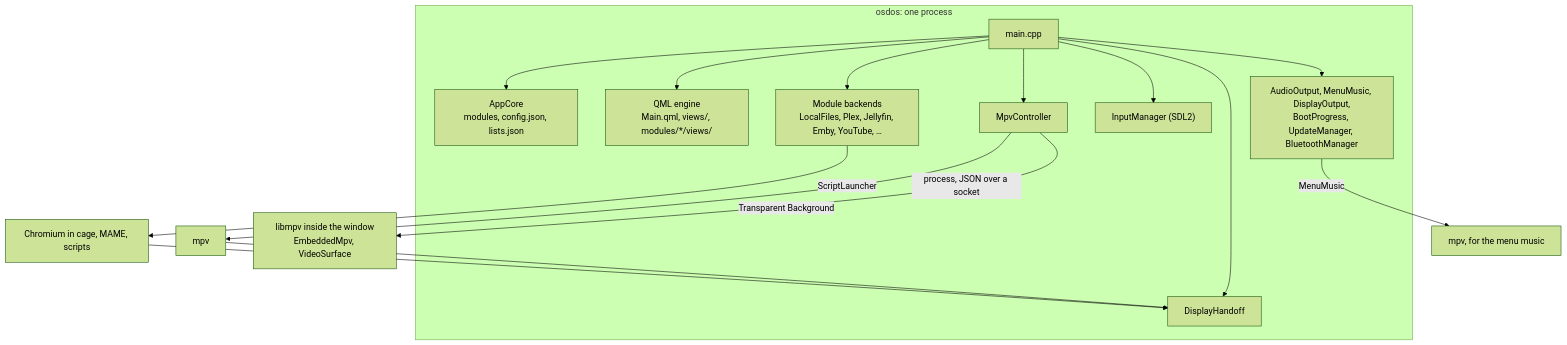
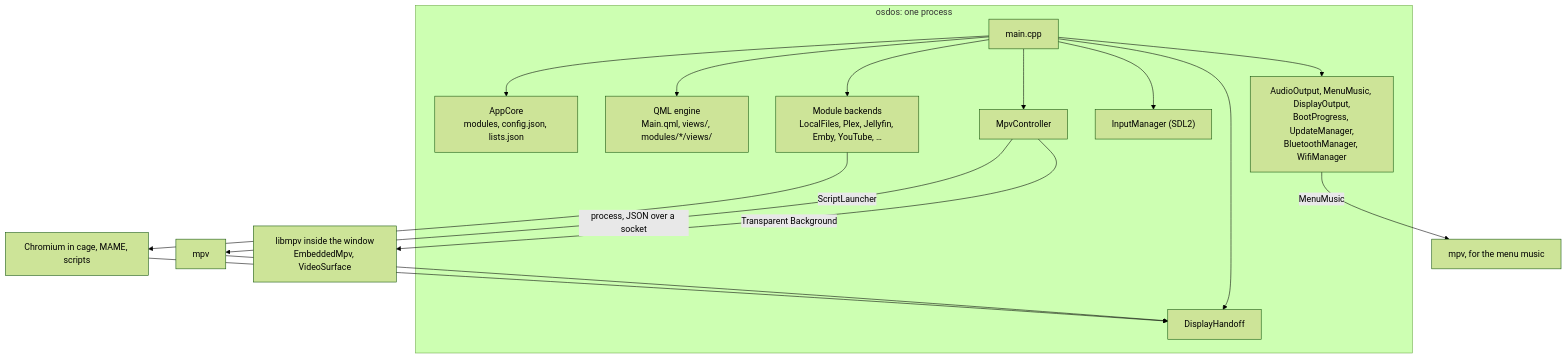
The first of 7 diagrams in docs/wiki/How-It-Works.md (mehmetraif/OSD-OS), drawn with Mermaid (forest theme) before and after one commit. The commit also changed other lines of this file and 32 other files, not shown here.

````diff
--- a/docs/wiki/How-It-Works.md
+++ b/docs/wiki/How-It-Works.md
@@ -9,18 +9,18 @@
 ```mermaid
 flowchart TB
     subgraph app["osdos: one process"]
         main["main.cpp"] --> core["AppCore<br/>modules, config.json, lists.json"]
         main --> qml["QML engine<br/>Main.qml, views/, modules/*/views/"]
         main --> be["Module backends<br/>LocalFiles, Plex, Jellyfin, Emby, YouTube, …"]
         main --> mpvc["MpvController"]
         main --> inp["InputManager (SDL2)"]
         main --> dh["DisplayHandoff"]
-        main --> sys["AudioOutput, MenuMusic, DisplayOutput,<br/>BootProgress, UpdateManager, BluetoothManager"]
+        main --> sys["AudioOutput, MenuMusic, DisplayOutput,<br/>BootProgress, UpdateManager,<br/>BluetoothManager, WifiManager"]
     end
     mpvc -- "process, JSON over a socket" --> mpv["mpv"]
     mpvc -- "Transparent Background" --> emb["libmpv inside the window<br/>EmbeddedMpv, VideoSurface"]
     sys -- "MenuMusic" --> mm["mpv, for the menu music"]
     be -- "ScriptLauncher" --> ch["Chromium in cage, MAME, scripts"]
     mpv --> dh
     ch --> dh
 ```
````
